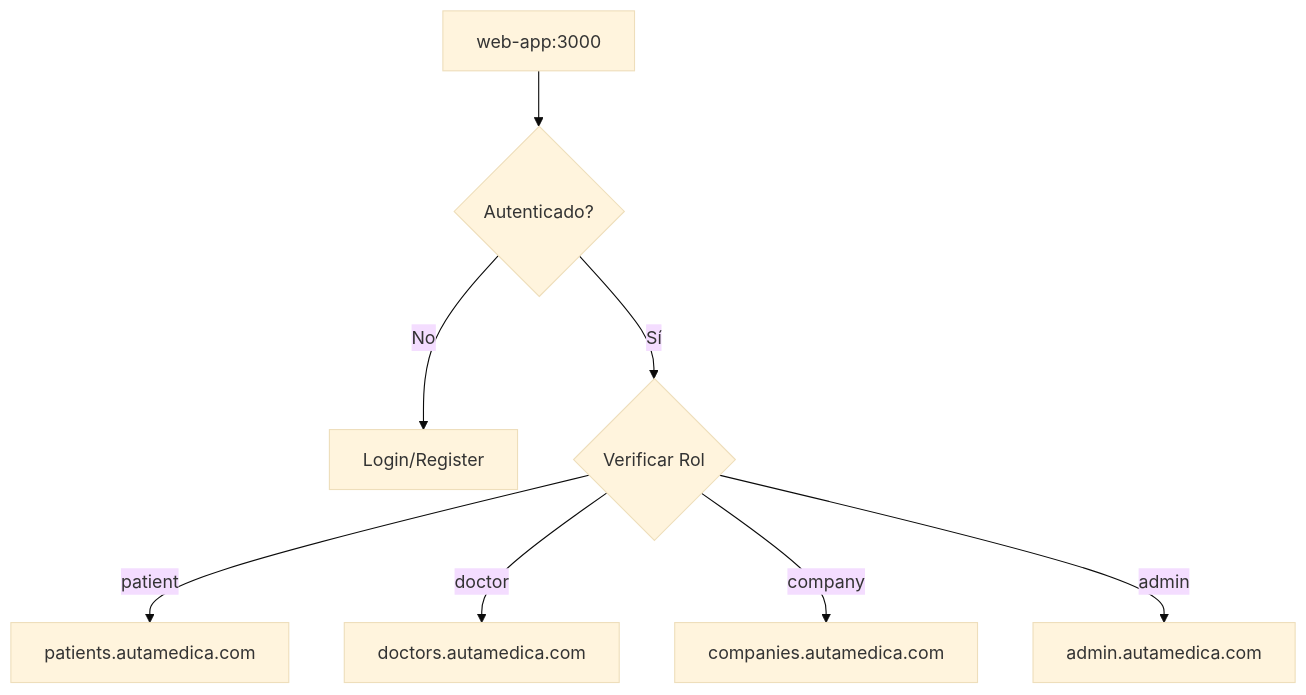
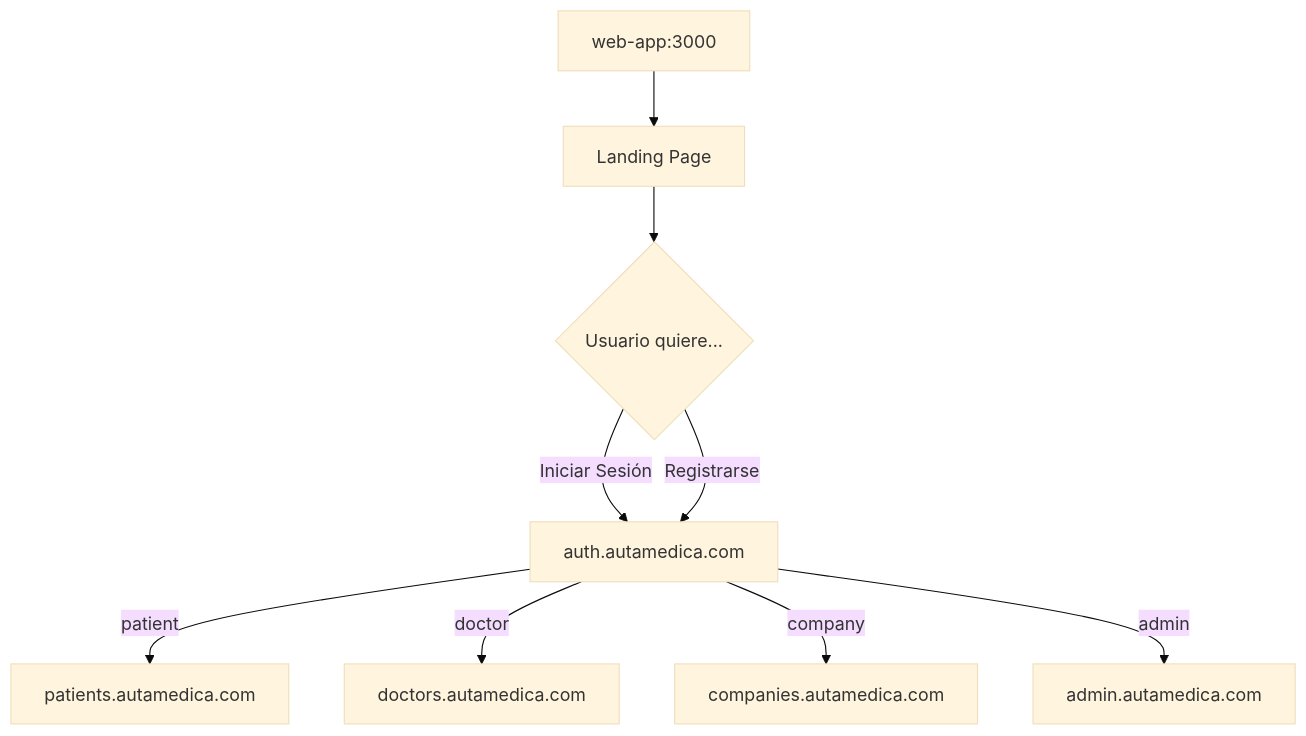
Before and after one commit to ecucondorSA/Autamedica: the diagram in apps/web-app/README.md, drawn with Mermaid (base theme). The commit also changed other lines of this file and 24 other files, not shown here.

````diff
--- a/apps/web-app/README.md
+++ b/apps/web-app/README.md
@@ -142,10 +113,11 @@
 ```mermaid
 graph TD
-  A[web-app:3000] --> B{Autenticado?}
-  B -->|No| C[Login/Register]
-  B -->|Sí| D{Verificar Rol}
+  A[web-app:3000] --> B[Landing Page]
+  B --> C{Usuario quiere...}
+  C -->|Iniciar Sesión| D[auth.autamedica.com]
+  C -->|Registrarse| D
   D -->|patient| E[patients.autamedica.com]
   D -->|doctor| F[doctors.autamedica.com]
   D -->|company| G[companies.autamedica.com]
   D -->|admin| H[admin.autamedica.com]
 ```
````
